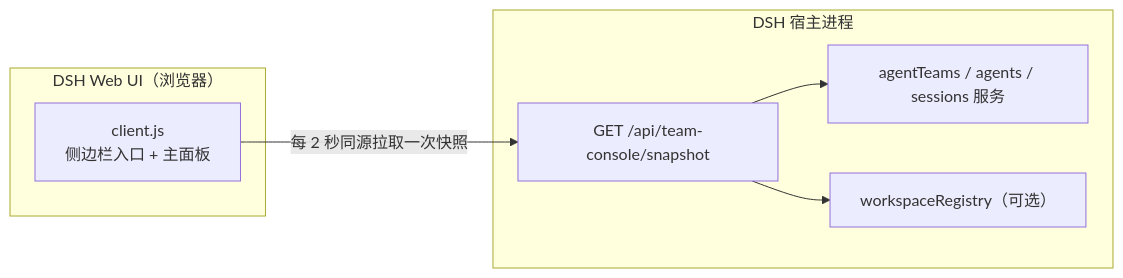
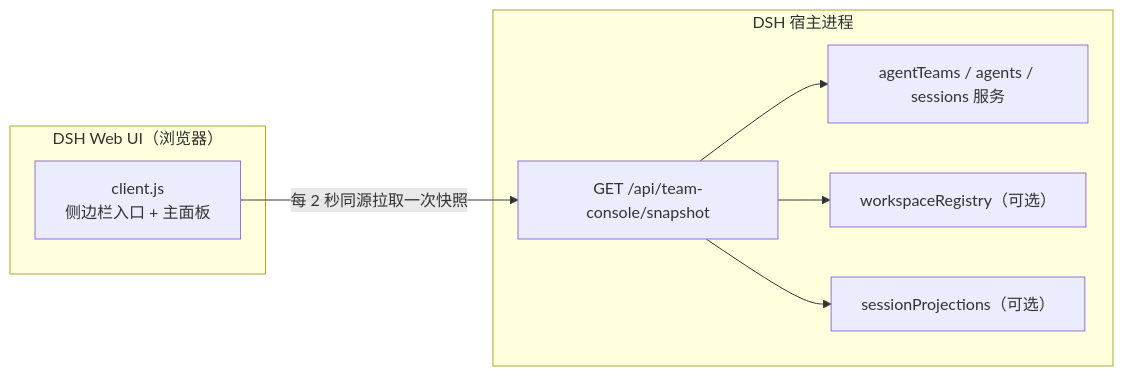
One commit to kkomia/dsh-agent-team-console changed the diagram in README.zh.md. Above: the diagram before and after it, drawn with Mermaid. The commit also changed other lines of this file and 9 other files, not shown here.

````diff
--- a/README.zh.md
+++ b/README.zh.md
@@ -142,14 +144,16 @@
 ```mermaid
 flowchart LR
   subgraph Browser["DSH Web UI（浏览器）"]
     P["client.js<br/>侧边栏入口 + 主面板"]
   end
   subgraph Host["DSH 宿主进程"]
     R["GET /api/team-console/snapshot"]
     S["agentTeams / agents / sessions 服务"]
     W["workspaceRegistry（可选）"]
+    J["sessionProjections（可选）"]
     R --> S
     R --> W
+    R --> J
   end
   P -- "每 2 秒同源拉取一次快照" --> R
 ```
````
